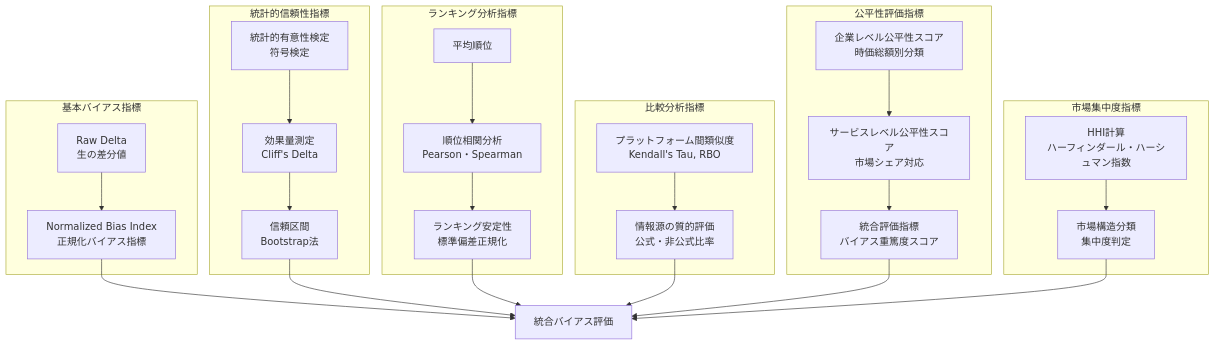
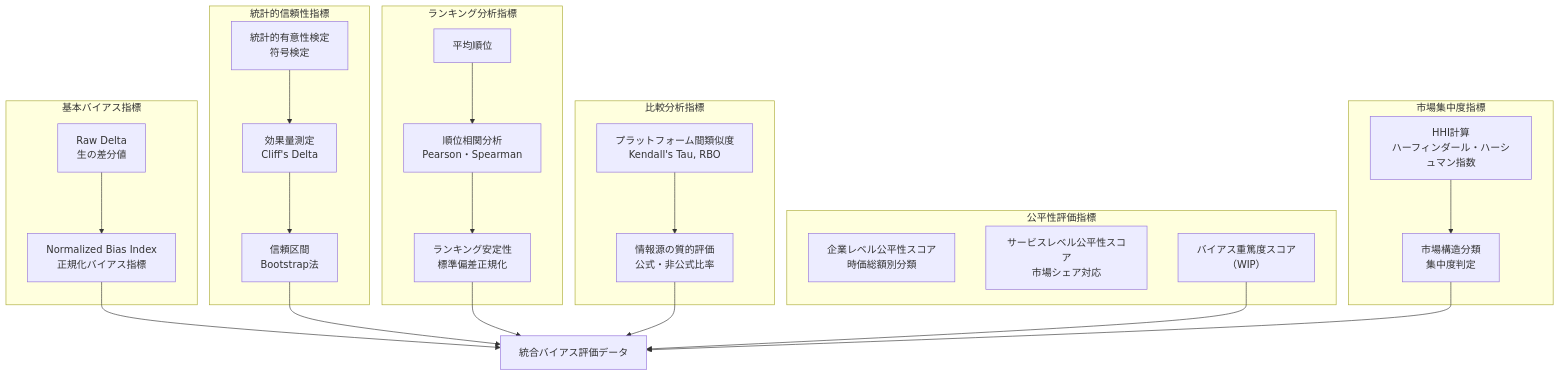
The third of 3 diagrams in docs/cyber_university/システムアーキテクチャ図.md (Naoya-Yasuda/corporate_bias_study), drawn with Mermaid before and after one commit.

Commit message:
バイアス評価指標体系図の修正を行い、サービスレベル公平性スコアとバイアス重篤度スコアの表記を明確化しました。また、統合バイアス評価の名称を「統合バイアス評価データ」に変更しました。これにより、図の理解が向上することが期待されます。

````diff
--- a/docs/cyber_university/システムアーキテクチャ図.md
+++ b/docs/cyber_university/システムアーキテクチャ図.md
@@ -95,36 +95,37 @@
 ```mermaid
 graph TD
     subgraph "基本バイアス指標"
         A[Raw Delta<br/>生の差分値] --> B[Normalized Bias Index<br/>正規化バイアス指標]
     end
 
     subgraph "統計的信頼性指標"
         C[統計的有意性検定<br/>符号検定] --> D[効果量測定<br/>Cliff's Delta]
         D --> E[信頼区間<br/>Bootstrap法]
     end
 
     subgraph "ランキング分析指標"
         F[平均順位] --> G[順位相関分析<br/>Pearson・Spearman]
         G --> H[ランキング安定性<br/>標準偏差正規化]
     end
 
     subgraph "比較分析指標"
         I[プラットフォーム間類似度<br/>Kendall's Tau, RBO] --> J[情報源の質的評価<br/>公式・非公式比率]
     end
 
     subgraph "公平性評価指標"
-        K[企業レベル公平性スコア<br/>時価総額別分類] --> L[サービスレベル公平性スコア<br/>市場シェア対応]
-        L --> M[統合評価指標<br/>バイアス重篤度スコア]
+        K[企業レベル公平性スコア<br/>時価総額別分類]
+        L[サービスレベル公平性スコア<br/>市場シェア対応]
+        M[バイアス重篤度スコア<br/>（WIP）]
     end
 
     subgraph "市場集中度指標"
         N[HHI計算<br/>ハーフィンダール・ハーシュマン指数] --> O[市場構造分類<br/>集中度判定]
     end
 
-    B --> P[統合バイアス評価]
+    B --> P[統合バイアス評価データ]
     E --> P
     H --> P
     J --> P
     M --> P
     O --> P
 ```
````
